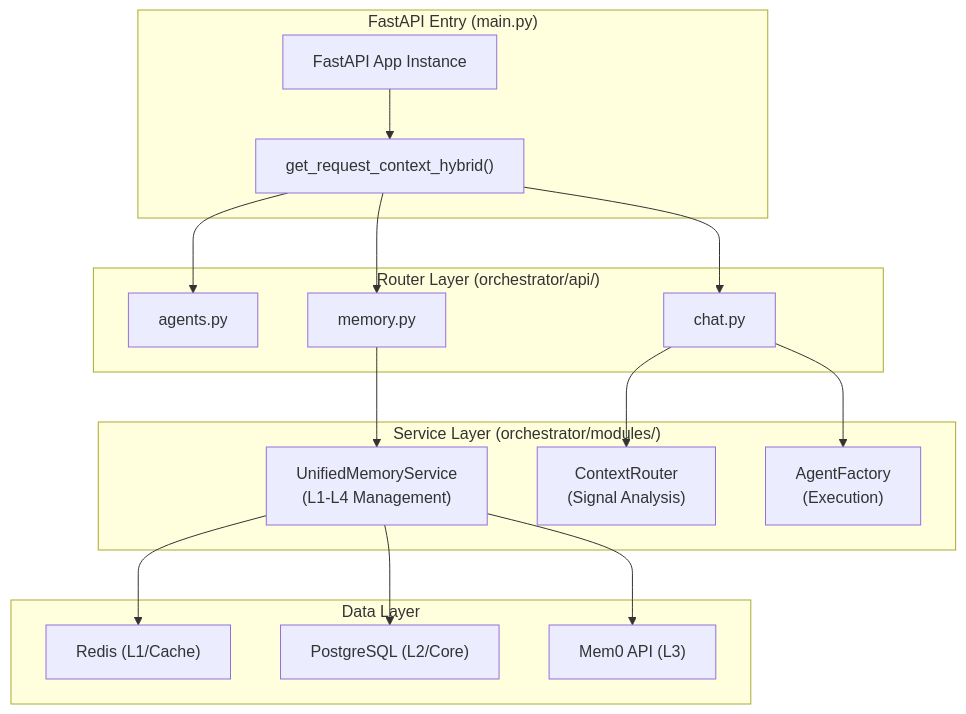
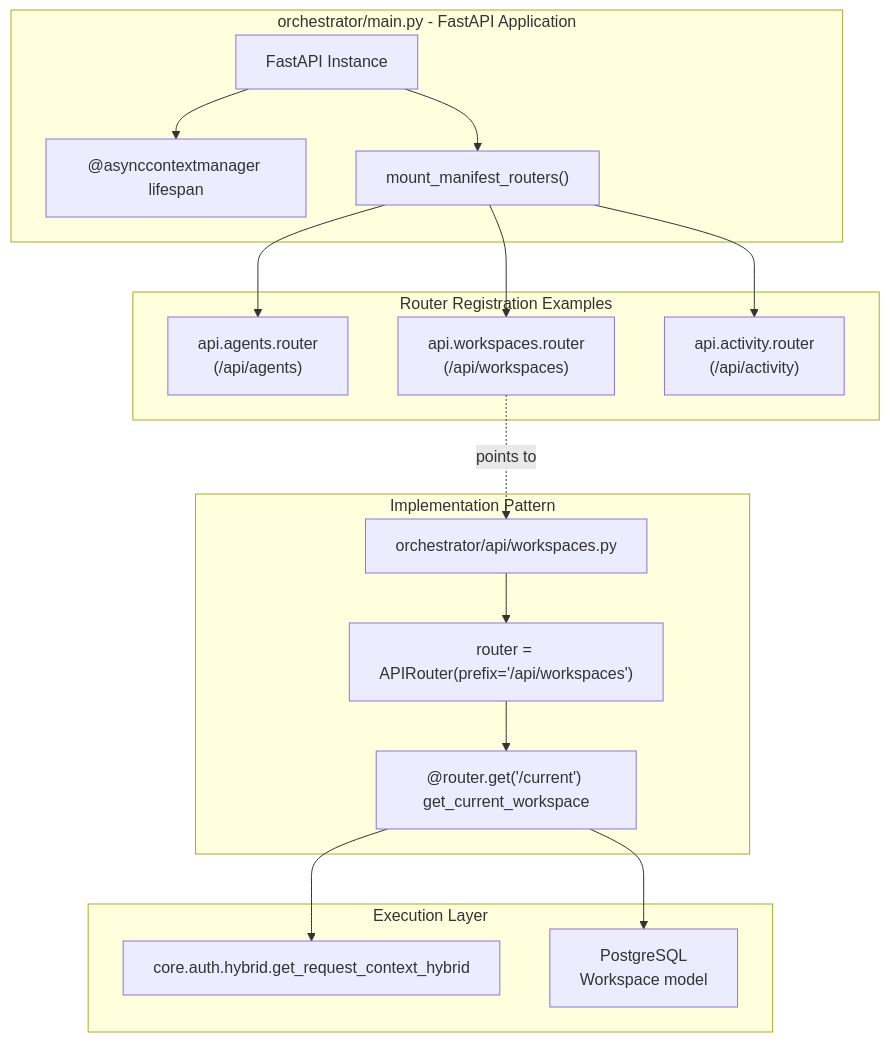
One commit to AutomatosAI/automatos-ai changed the first of 3 diagrams in docs/backend-architecture/api-router-organization.md. Above: the diagram before and after it, drawn with Mermaid. The commit also changed other lines of this file and 191 other files, not shown here.

````diff
--- a/docs/backend-architecture/api-router-organization.md
+++ b/docs/backend-architecture/api-router-organization.md
@@ -57,38 +73,36 @@
 ```mermaid
-graph TB
-    subgraph "FastAPI Entry (main.py)"
-        App["FastAPI App Instance"]
-        HybridAuth["get_request_context_hybrid()"]
+graph TD
+    subgraph "orchestrator/main.py - FastAPI Application"
+        App["FastAPI Instance"]
+        Lifespan["@asynccontextmanager lifespan"]
+        MountManifest["mount_manifest_routers()"]
+        
+        App --> Lifespan
+        App --> MountManifest
     end
     
-    subgraph "Router Layer (orchestrator/api/)"
-        AgentsRouter["agents.py"]
-        MemoryRouter["memory.py"]
-        ChatRouter["chat.py"]
+    subgraph "Router Registration Examples"
+        MountManifest --> AgentsRouter["api.agents.router<br/>(/api/agents)"]
+        MountManifest --> WorkspacesRouter["api.workspaces.router<br/>(/api/workspaces)"]
+        MountManifest --> ActivityRouter["api.activity.router<br/>(/api/activity)"]
     end
     
-    subgraph "Service Layer (orchestrator/modules/)"
-        UMS["UnifiedMemoryService<br/>(L1-L4 Management)"]
-        CR["ContextRouter<br/>(Signal Analysis)"]
-        AF["AgentFactory<br/>(Execution)"]
-    end
-
-    App --> HybridAuth
-    HybridAuth --> AgentsRouter
-    HybridAuth --> MemoryRouter
-    HybridAuth --> ChatRouter
-    
-    MemoryRouter --> UMS
-    ChatRouter --> CR
-    ChatRouter --> AF
-    
-    subgraph "Data Layer"
-        Redis["Redis (L1/Cache)"]
-        Postgres["PostgreSQL (L2/Core)"]
-        Mem0["Mem0 API (L3)"]
+    subgraph "Implementation Pattern"
+        WorkspacesAPI["orchestrator/api/workspaces.py"]
+        WSDef["router = APIRouter(prefix='/api/workspaces')"]
+        WSHandler["@router.get('/current') get_current_workspace"]
+        
+        WorkspacesAPI --> WSDef
+        WSDef --> WSHandler
     end
     
-    UMS --> Redis
-    UMS --> Postgres
-    UMS --> Mem0
+    WorkspacesRouter -.->|"points to"| WorkspacesAPI
+    
+    subgraph "Execution Layer"
+        Auth["core.auth.hybrid.get_request_context_hybrid"]
+        DB["PostgreSQL<br/>Workspace model"]
+        
+        WSHandler --> Auth
+        WSHandler --> DB
+    end
 ```
````
